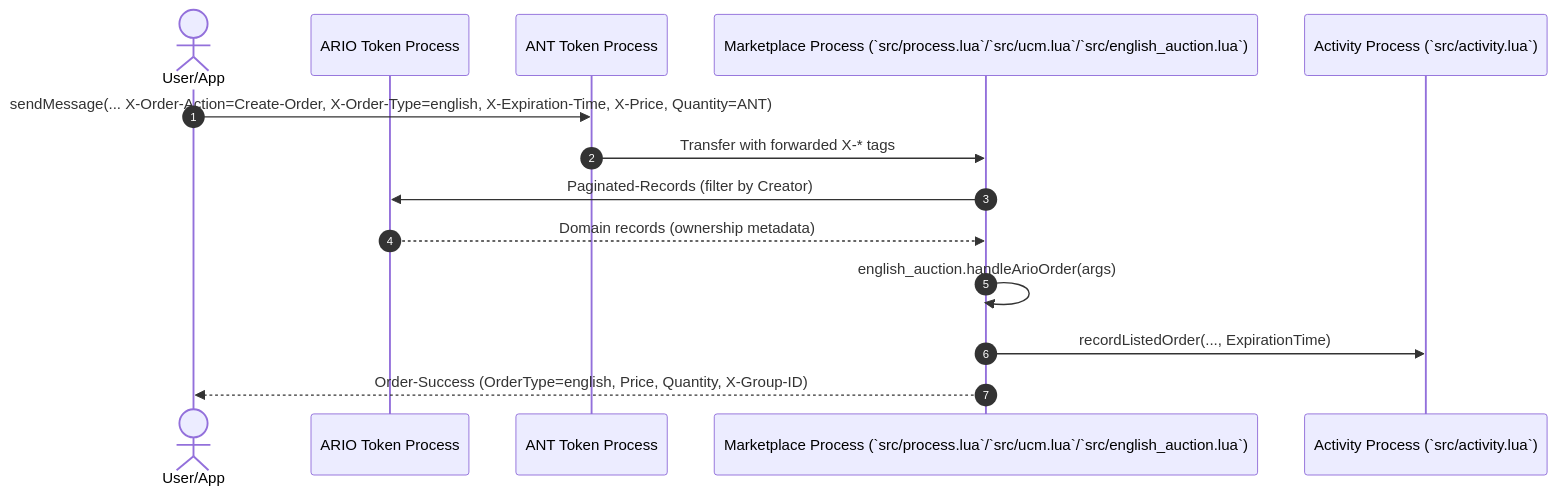
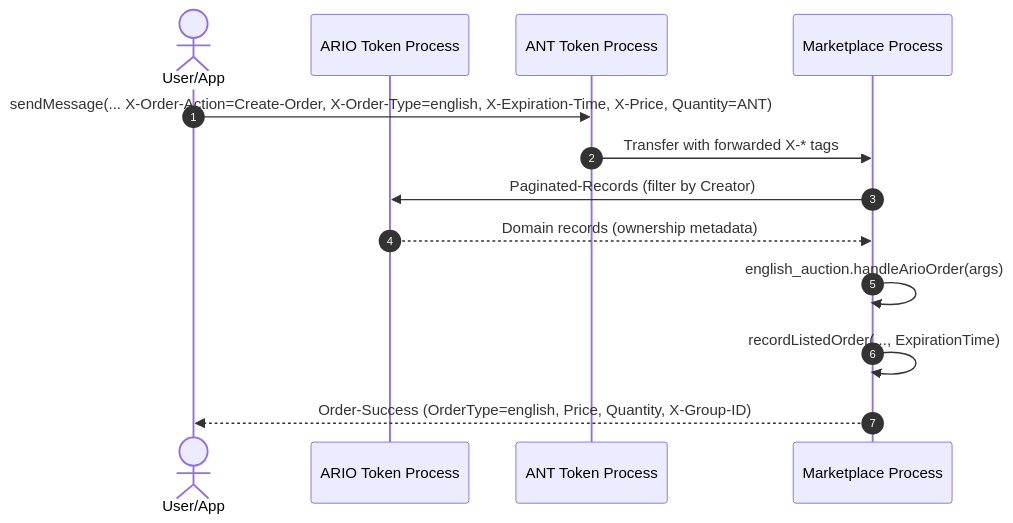
One commit to blockydevs/arns-marketplace-process changed the diagram in docs/english-listing.md. Above: the diagram before and after it, drawn with Mermaid. The commit also changed 9 other files, not shown here.

````diff
--- a/docs/english-listing.md
+++ b/docs/english-listing.md
@@ -3,19 +3,18 @@
 ```mermaid
 sequenceDiagram
     autonumber
     actor User as User/App
     participant ARIO as ARIO Token Process
     participant ANT as ANT Token Process
-    participant Market as Marketplace Process (`src/process.lua`/`src/ucm.lua`/`src/english_auction.lua`)
-    participant Activity as Activity Process (`src/activity.lua`)
+    participant Market as Marketplace Process
 
     User->>ANT: sendMessage(... X-Order-Action=Create-Order, X-Order-Type=english, X-Expiration-Time, X-Price, Quantity=ANT)
     ANT->>Market: Transfer with forwarded X-* tags
 
     Market->>ARIO: Paginated-Records (filter by Creator)
     ARIO-->>Market: Domain records (ownership metadata)
 
     Market->>Market: english_auction.handleArioOrder(args)
-    Market->>Activity: recordListedOrder(..., ExpirationTime)
+    Market->>Market: recordListedOrder(..., ExpirationTime)
     Market-->>User: Order-Success (OrderType=english, Price, Quantity, X-Group-ID)
 ```
````
